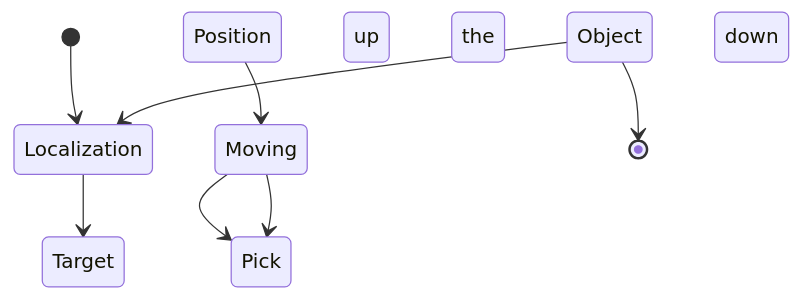
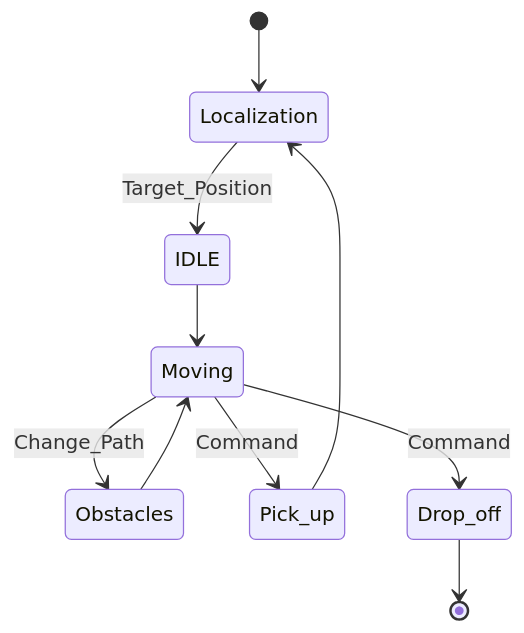
The diagram in _course-project/IMDL.md (mars-hss/mars-hss.github.io), drawn with Mermaid before and after one commit.

Commit message:
update mermaid2

````diff
--- a/_course-project/IMDL.md
+++ b/_course-project/IMDL.md
@@ -70,11 +70,12 @@
 ```mermaid
-stateDiagram
+stateDiagram-v2
     [*] --> Localization
-    Localization --> Target Position
-    Target Position --> Moving
-    Moving --> Pick up the Object
-    Pick up the Object --> Localization
-    Moving --> Pick down the Object
-    Pick down the Object --> [*]
-
+    Localization --> IDLE: Target_Position
+    IDLE --> Moving
+    Moving --> Obstacles: Change_Path
+    Obstacles --> Moving
+    Moving --> Pick_up: Command
+    Pick_up --> Localization
+    Moving --> Drop_off: Command
+    Drop_off --> [*]
 ```
````
